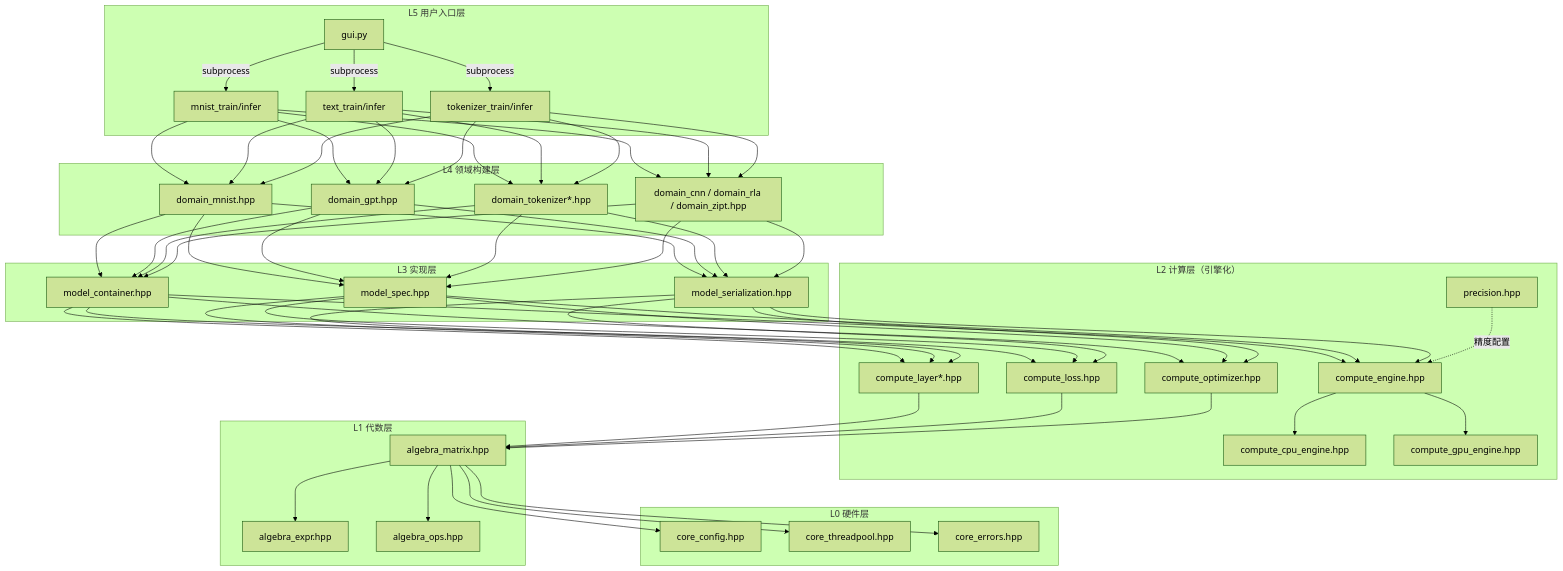
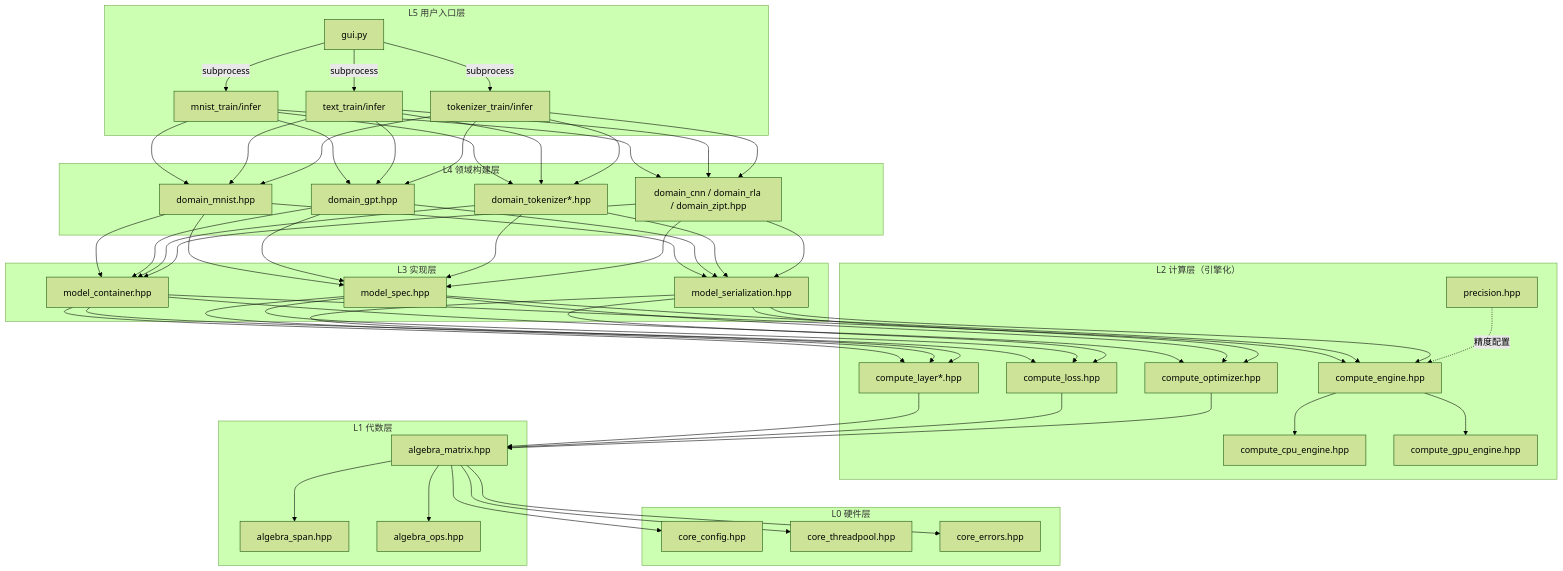
One commit to EthanPeng-2048/neuralnet.cpp changed the diagram in AGENTS.md. Above: the diagram before and after it, drawn with Mermaid (forest theme). The commit also changed other lines of this file and 75 other files, not shown here.

````diff
--- a/AGENTS.md
+++ b/AGENTS.md
@@ -52,54 +53,54 @@
 ```mermaid
 graph TB
     subgraph "L5 用户入口层"
         A["mnist_train/infer"]
         B["text_train/infer"]
         C["tokenizer_train/infer"]
         D["gui.py"]
     end
     
     subgraph "L4 领域构建层"
         E["domain_mnist.hpp"]
         F["domain_gpt.hpp"]
         G["domain_tokenizer*.hpp"]
         F2["domain_cnn / domain_rla / domain_zipt.hpp"]
     end
     
     subgraph "L3 实现层"
         H["model_container.hpp"]
         I["model_spec.hpp"]
         J["model_serialization.hpp"]
     end
     
     subgraph "L2 计算层（引擎化）"
         K["compute_engine.hpp"]
         L["compute_cpu_engine.hpp"]
         M["compute_gpu_engine.hpp"]
         N["compute_layer*.hpp"]
         O["compute_loss.hpp"]
         P["compute_optimizer.hpp"]
         P2["precision.hpp"]
     end
     
     subgraph "L1 代数层"
         Q["algebra_matrix.hpp"]
-        R["algebra_expr.hpp"]
+        R["algebra_span.hpp"]
         S["algebra_ops.hpp"]
     end
     
     subgraph "L0 硬件层"
         V["core_config.hpp"]
         W["core_threadpool.hpp"]
         X["core_errors.hpp"]
     end
     
     D -->|subprocess| A & B & C
     A & B & C --> E & F & G & F2
     E & F & G & F2 --> H & I & J
     H & I & J --> K & N & O & P
     K --> L & M
     N & O & P --> Q
     P2 -.精度配置.-> K
     Q --> R & S
     Q --> V & W & X
 ```
````
